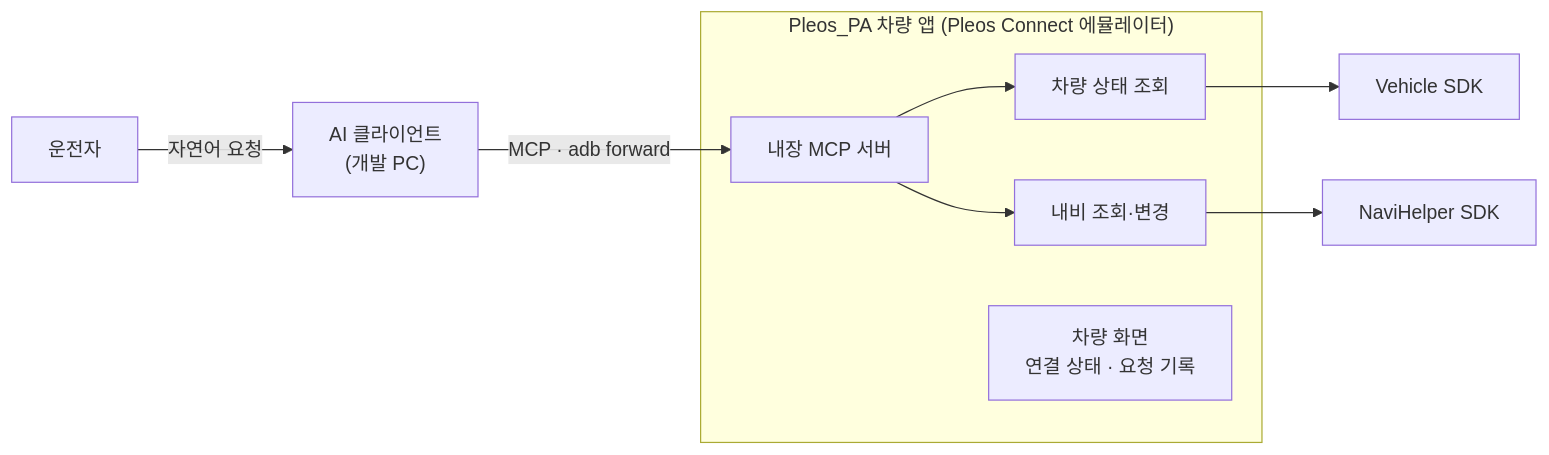
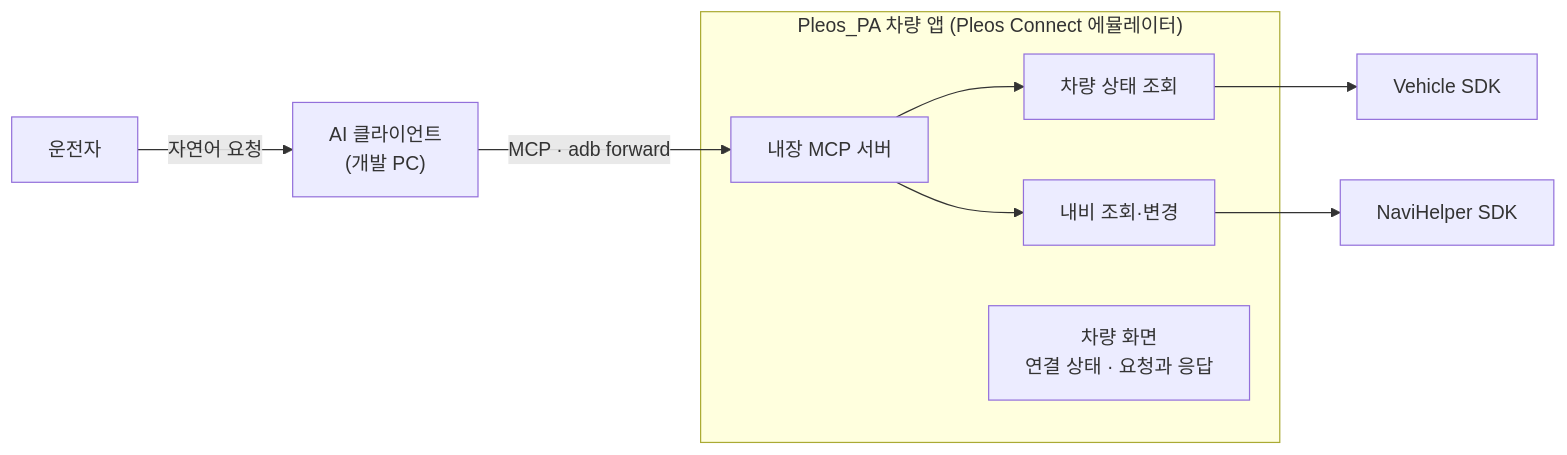
Before and after one commit to SubHye/Pleos_PA: the diagram in README.md, drawn with Mermaid. The commit also changed other lines of this file and 31 other files, not shown here.

````diff
--- a/README.md
+++ b/README.md
@@ -108,12 +108,12 @@
 ```mermaid
 flowchart LR
     U["운전자"] -->|"자연어 요청"| AI["AI 클라이언트<br/>(개발 PC)"]
     AI -->|"MCP · adb forward"| S
     subgraph APP["Pleos_PA 차량 앱 (Pleos Connect 에뮬레이터)"]
         S["내장 MCP 서버"] --> V["차량 상태 조회"]
         S --> N["내비 조회·변경"]
-        UI["차량 화면<br/>연결 상태 · 요청 기록"]
+        UI["차량 화면<br/>연결 상태 · 요청과 응답"]
     end
     V --> VS["Vehicle SDK"]
     N --> NS["NaviHelper SDK"]
 ```
````
